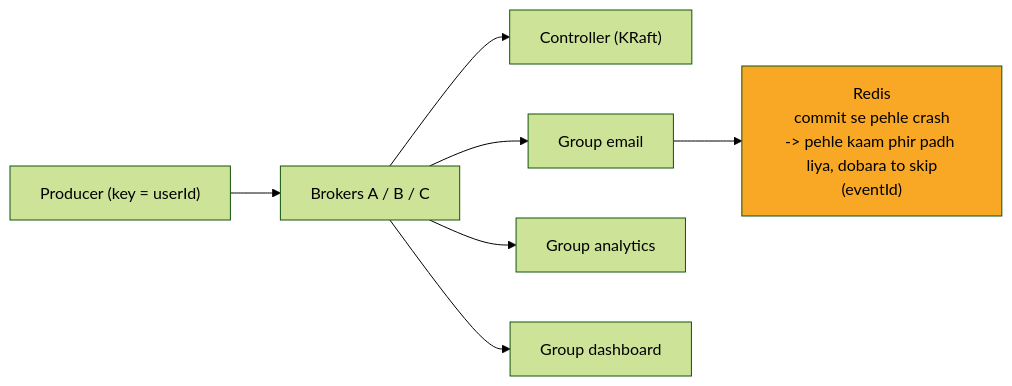
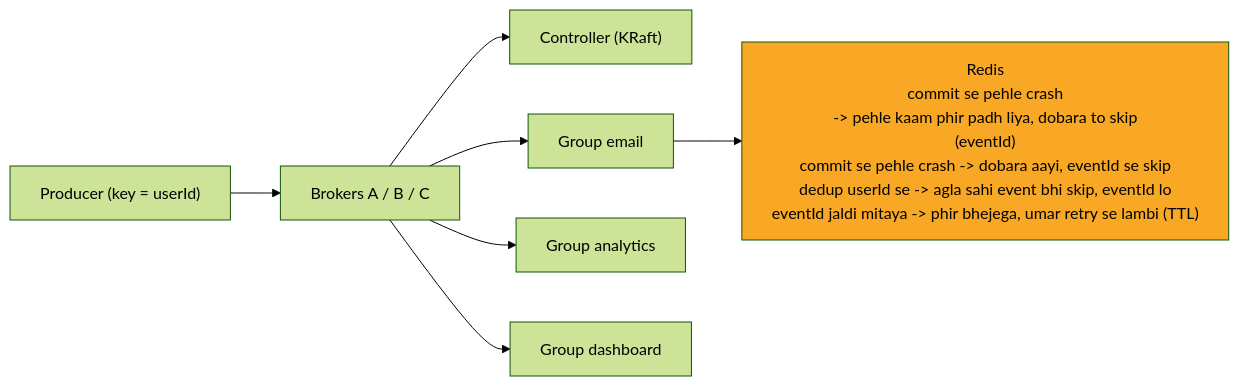
One commit to ArpanMaheshwari144/Prep changed the eighth of 12 diagrams in 04_HLD/SYSTEM_DESIGNS/12_message_queue_kafka/12_message_queue_kafka.md. Above: the diagram before and after it, drawn with Mermaid (forest theme). The commit also changed other lines of this file and 12 other files, not shown here.

Commit message:
hld 02-14: peele dabbe me SAFAR ke mod + diagram chauda (wrappingWidth 450)

````diff
--- a/04_HLD/SYSTEM_DESIGNS/12_message_queue_kafka/12_message_queue_kafka.md
+++ b/04_HLD/SYSTEM_DESIGNS/12_message_queue_kafka/12_message_queue_kafka.md
@@ -277,17 +284,18 @@
 ```mermaid
+%%{init: {"flowchart": {"wrappingWidth": 450}}}%%
 flowchart LR
     n_P["Producer (key = userId)"]
     n_B["Brokers A / B / C"]
     n_K["Controller (KRaft)"]
     n_GE["Group email"]
-    n_R["Redis<br/>commit se pehle crash<br/>-> pehle kaam phir padh liya, dobara to skip<br/>(eventId)"]
+    n_R["Redis<br/>commit se pehle crash<br/>-> pehle kaam phir padh liya, dobara to skip<br/>(eventId)<br/>commit se pehle crash -> dobara aayi, eventId se skip<br/>dedup userId se -> agla sahi event bhi skip, eventId lo<br/>eventId jaldi mitaya -> phir bhejega, umar retry se lambi (TTL)"]
     n_GA["Group analytics"]
     n_GD["Group dashboard"]
     n_P --> n_B
     n_B --> n_K
     n_B --> n_GE
     n_B --> n_GA
     n_B --> n_GD
     n_GE --> n_R
     style n_R fill:#f9a825,color:#000
 ```
````
